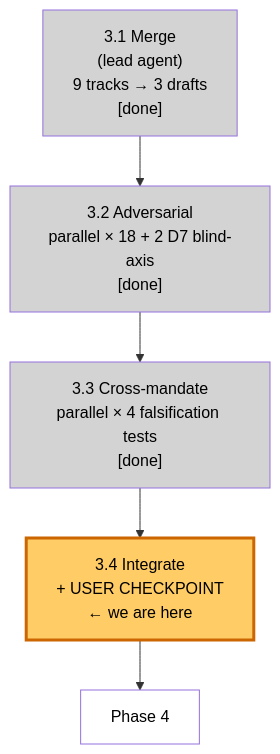
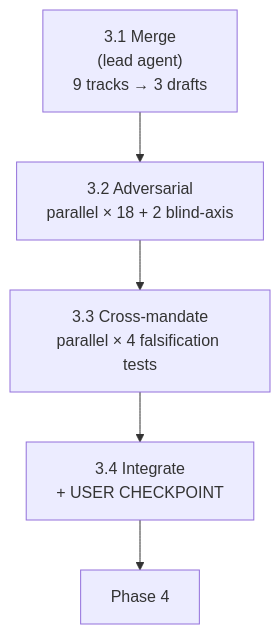
Before and after one commit to lago-morph/software-factory: the fifth of 11 diagrams in research-plan-v3-primer.md, drawn with Mermaid. The commit also changed other lines of this file, not shown here.

````diff
--- a/research-plan-v3-primer.md
+++ b/research-plan-v3-primer.md
@@ -134,14 +124,8 @@
 ```mermaid
 flowchart TB
-    P31["3.1 Merge<br/>(lead agent)<br/>9 tracks → 3 drafts<br/>[done]"] --> P32
-    P32["3.2 Adversarial<br/>parallel × 18 + 2 D7 blind-axis<br/>[done]"] --> P33
-    P33["3.3 Cross-mandate<br/>parallel × 4 falsification tests<br/>[done]"] --> P34
-    P34["3.4 Integrate<br/>+ USER CHECKPOINT<br/>← we are here"] --> P4
+    P31["3.1 Merge<br/>(lead agent)<br/>9 tracks → 3 drafts"] --> P32
+    P32["3.2 Adversarial<br/>parallel × 18 + 2 blind-axis"] --> P33
+    P33["3.3 Cross-mandate<br/>parallel × 4 falsification tests"] --> P34
+    P34["3.4 Integrate<br/>+ USER CHECKPOINT"] --> P4
     P4["Phase 4"]
-
-    style P31 fill:#d3d3d3,color:#000
-    style P32 fill:#d3d3d3,color:#000
-    style P33 fill:#d3d3d3,color:#000
-    style P34 fill:#ffcc66,color:#000,stroke:#cc6600,stroke-width:3px
-    style P4 fill:#ffffff,color:#000
 ```
````
